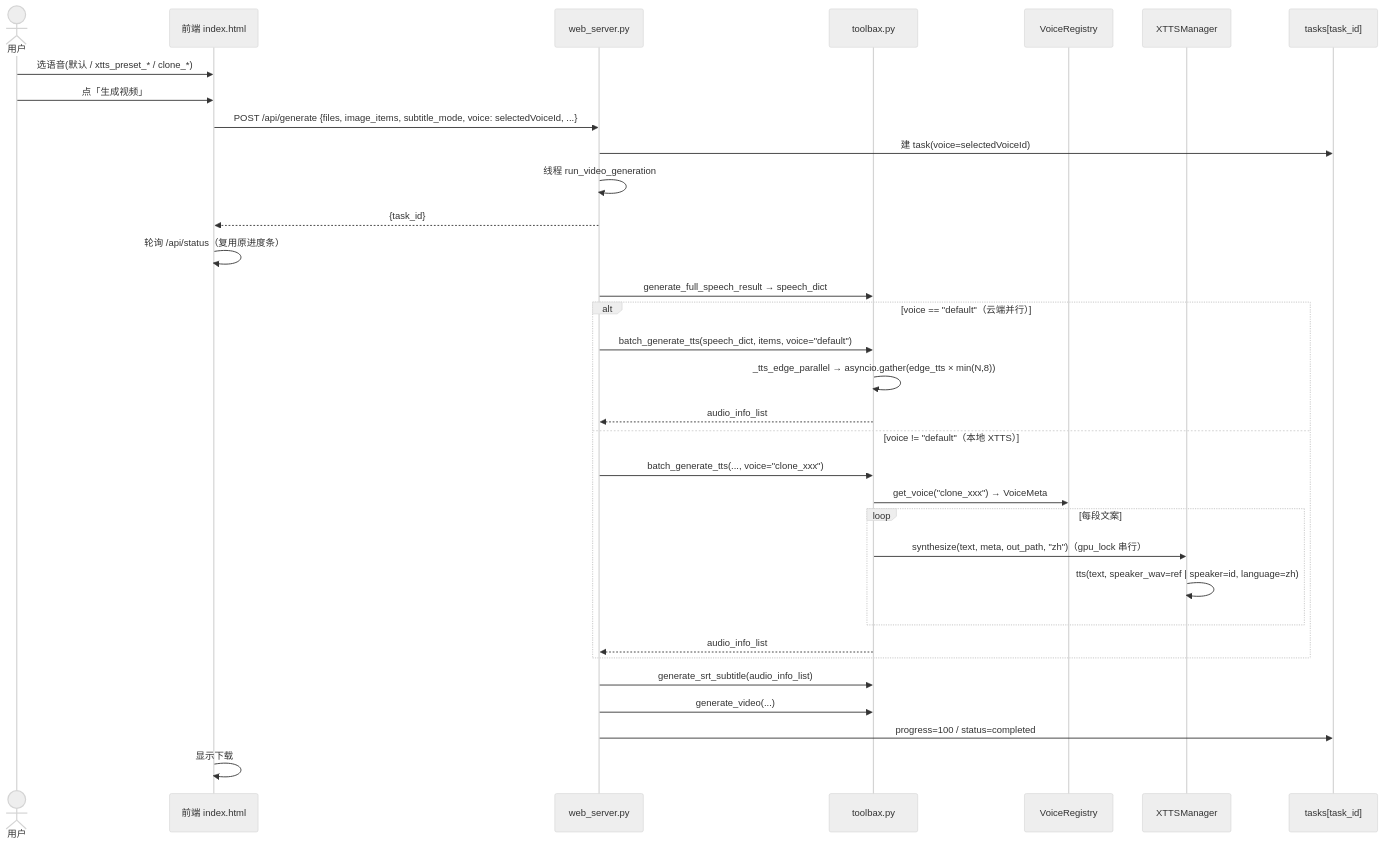
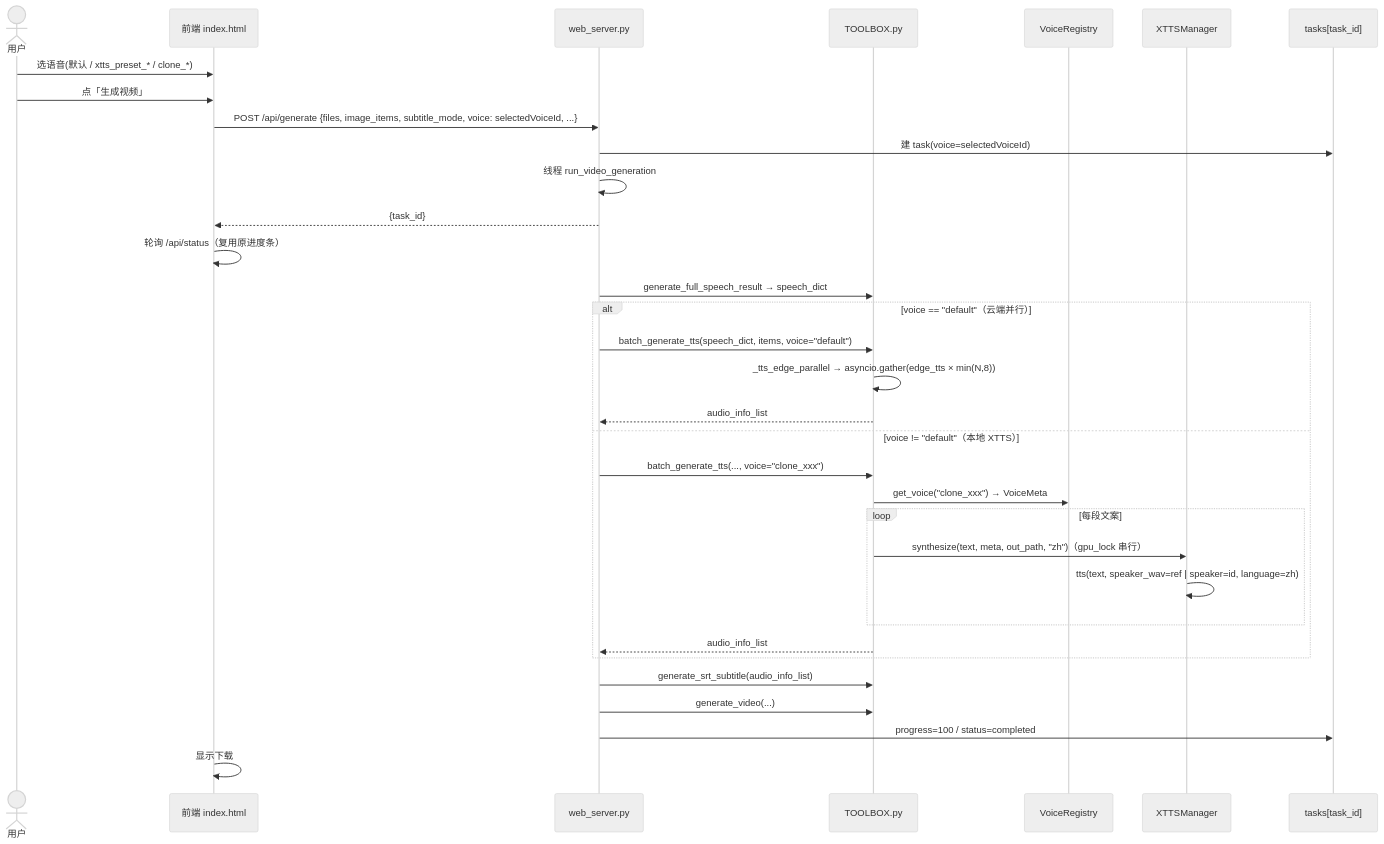
Before and after one commit to Alex-Wang-88/toolbox: the third of 4 diagrams in docs/archive/design_voice_clone.md, drawn with Mermaid (neutral theme). The commit also changed other lines of this file and 40 other files, not shown here.

Commit message:
rename: toolbax -> toolbox globally + subtitle keeps question marks

````diff
--- a/docs/archive/design_voice_clone.md
+++ b/docs/archive/design_voice_clone.md
@@ -283,36 +283,36 @@
 ```mermaid
 sequenceDiagram
     actor U as 用户
     participant F as 前端 index.html
     participant W as web_server.py
-    participant P as toolbax.py
+    participant P as TOOLBOX.py
     participant V as VoiceRegistry
     participant X as XTTSManager
     participant T as tasks[task_id]
 
     U->>F: 选语音(默认 / xtts_preset_* / clone_*)
     U->>F: 点「生成视频」
     F->>W: POST /api/generate {files, image_items, subtitle_mode, voice: selectedVoiceId, ...}
     W->>T: 建 task(voice=selectedVoiceId)
     W->>W: 线程 run_video_generation
     W-->>F: {task_id}
     F->>F: 轮询 /api/status（复用原进度条）
     W->>P: generate_full_speech_result → speech_dict
     alt voice == "default"（云端并行）
         W->>P: batch_generate_tts(speech_dict, items, voice="default")
         P->>P: _tts_edge_parallel → asyncio.gather(edge_tts × min(N,8))
         P-->>W: audio_info_list
     else voice != "default"（本地 XTTS）
         W->>P: batch_generate_tts(..., voice="clone_xxx")
         P->>V: get_voice("clone_xxx") → VoiceMeta
         loop 每段文案
             P->>X: synthesize(text, meta, out_path, "zh")（gpu_lock 串行）
             X->>X: tts(text, speaker_wav=ref | speaker=id, language=zh)
         end
         P-->>W: audio_info_list
     end
     W->>P: generate_srt_subtitle(audio_info_list)   # whisper 对齐，不依赖 submaker
     W->>P: generate_video(...)                      # 视频 CUDA 链：在 TTS 之后串行启动
     W->>T: progress=100 / status=completed
     F->>F: 显示下载
 ```
````
